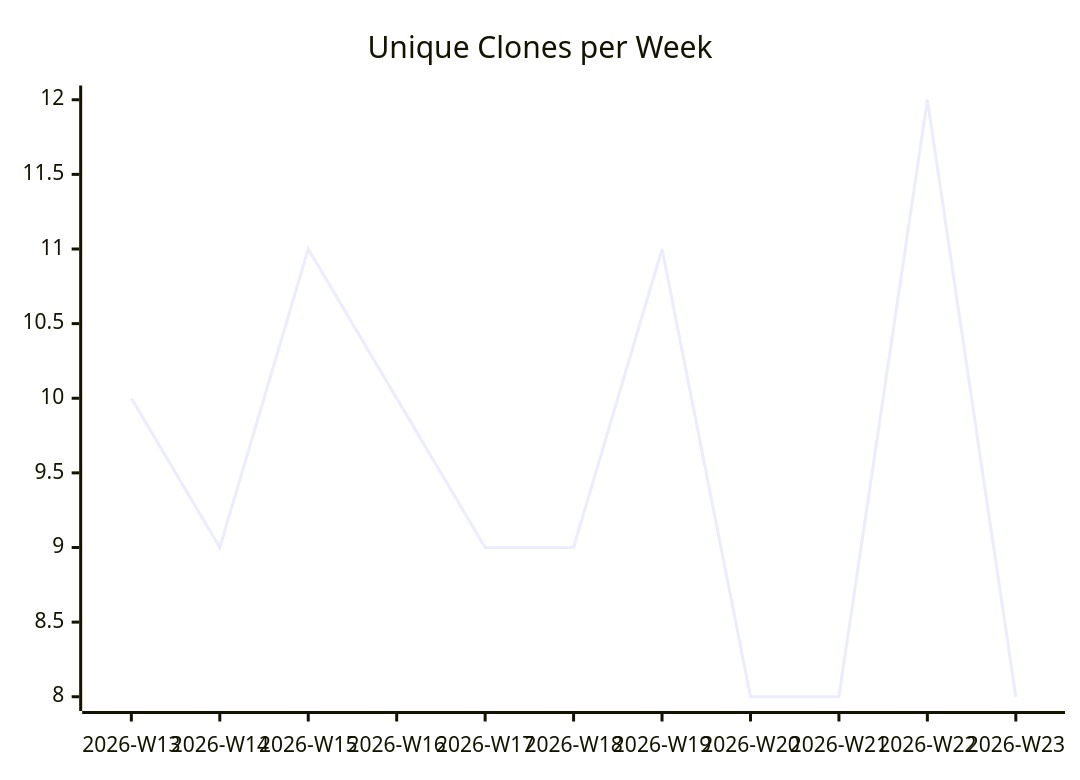
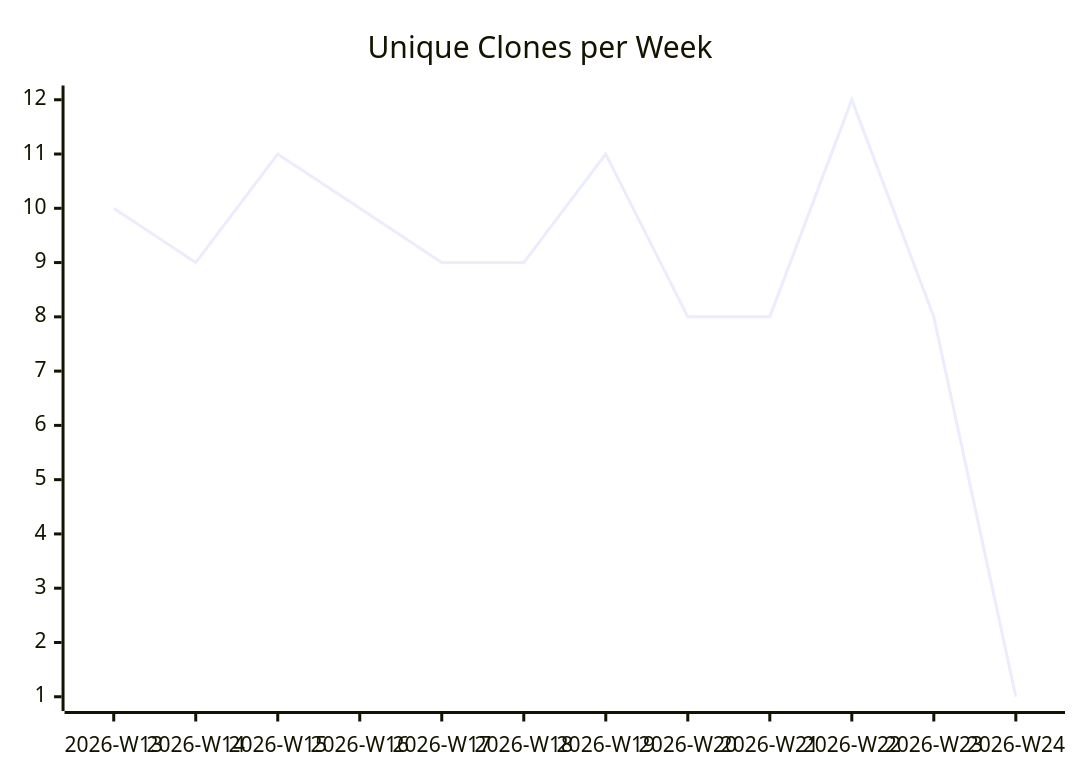
The third of 3 diagrams in karlmdavis/usgs-water-api-java/README.md (justdavis-family/github-analytics-data), drawn with Mermaid before and after one commit. The commit also changed other lines of this file and 189 other files, not shown here.

````diff
--- a/karlmdavis/usgs-water-api-java/README.md
+++ b/karlmdavis/usgs-water-api-java/README.md
@@ -19,6 +19,6 @@
 ```mermaid
 xychart-beta
   title "Unique Clones per Week"
-  x-axis ["2026-W13", "2026-W14", "2026-W15", "2026-W16", "2026-W17", "2026-W18", "2026-W19", "2026-W20", "2026-W21", "2026-W22", "2026-W23"]
-  line [10, 9, 11, 10, 9, 9, 11, 8, 8, 12, 8]
+  x-axis ["2026-W13", "2026-W14", "2026-W15", "2026-W16", "2026-W17", "2026-W18", "2026-W19", "2026-W20", "2026-W21", "2026-W22", "2026-W23", "2026-W24"]
+  line [10, 9, 11, 10, 9, 9, 11, 8, 8, 12, 8, 1]
 ```
````
